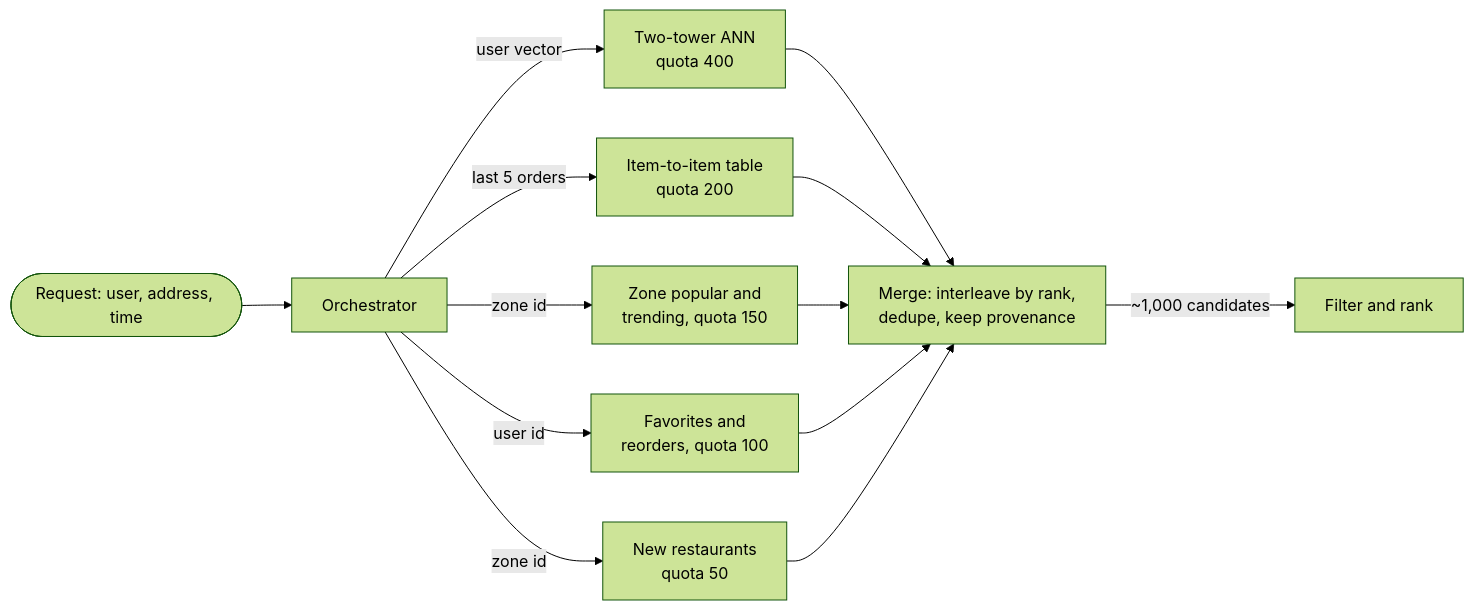
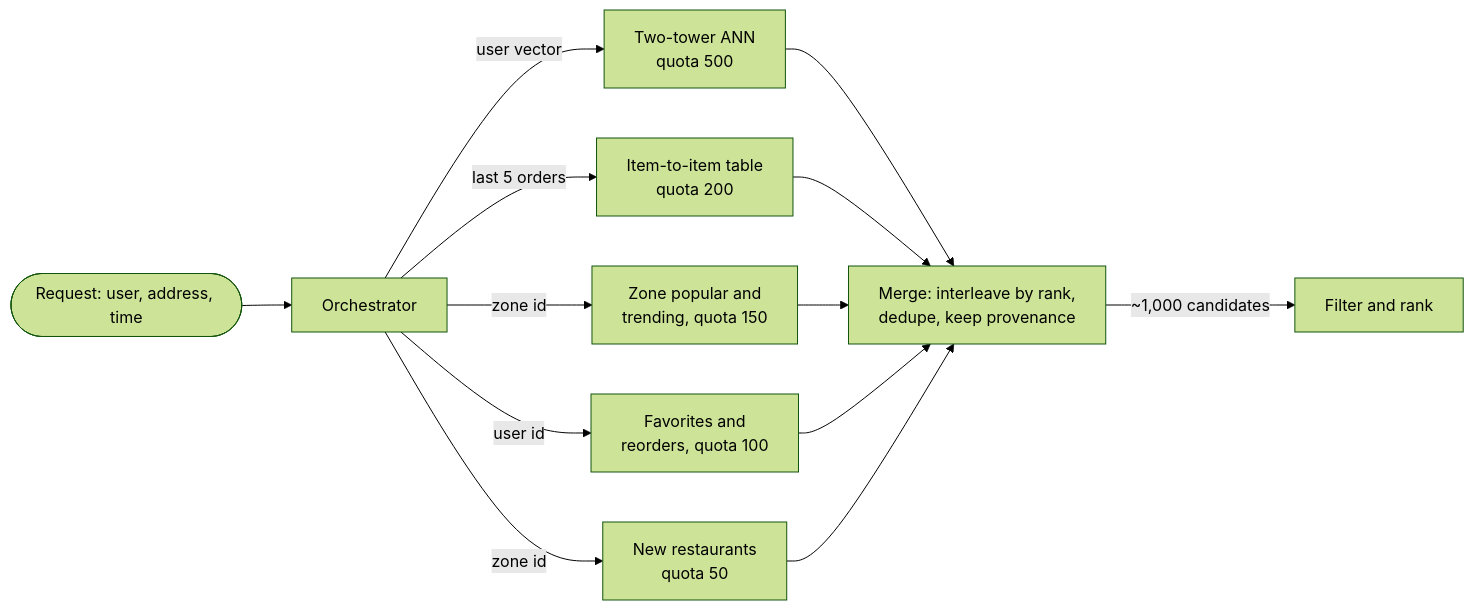
Before and after one commit to Sampath1-1-1/System-Design: the fourth of 14 diagrams in manuscript/book2-ml-ai/68-recommendation-architecture.md, drawn with Mermaid (forest theme). The commit also changed other lines of this file and 19 other files, not shown here.

````diff
--- a/manuscript/book2-ml-ai/68-recommendation-architecture.md
+++ b/manuscript/book2-ml-ai/68-recommendation-architecture.md
@@ -429,15 +429,15 @@
 ```mermaid
 flowchart LR
   REQ([Request: user, address, time]) --> ORCH[Orchestrator]
-  ORCH -->|user vector| TT["Two-tower ANN<br/>quota 400"]
+  ORCH -->|user vector| TT["Two-tower ANN<br/>quota 500"]
   ORCH -->|last 5 orders| I2I["Item-to-item table<br/>quota 200"]
   ORCH -->|zone id| POP["Zone popular and<br/>trending, quota 150"]
   ORCH -->|user id| FAV["Favorites and<br/>reorders, quota 100"]
   ORCH -->|zone id| NEW["New restaurants<br/>quota 50"]
   TT --> MRG["Merge: interleave by rank,<br/>dedupe, keep provenance"]
   I2I --> MRG
   POP --> MRG
   FAV --> MRG
   NEW --> MRG
   MRG -->|~1,000 candidates| FIL[Filter and rank]
 ```
````
